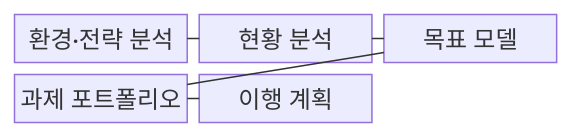
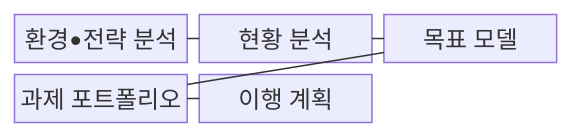
The first of 2 diagrams in src/content/docs/notes/07-law-policy/002_information_strategy_plan_isp.md (agnusdei1207/knowledge-base), drawn with Mermaid before and after one commit. The commit also changed other lines of this file and 953 other files, not shown here.

````diff
--- a/src/content/docs/notes/07-law-policy/002_information_strategy_plan_isp.md
+++ b/src/content/docs/notes/07-law-policy/002_information_strategy_plan_isp.md
@@ -68,13 +68,13 @@
 ```mermaid
 block-beta
     columns 3
-    A["환경·전략 분석"]
+    A["환경•전략 분석"]
     B["현황 분석"]
     C["목표 모델"]
     D["과제 포트폴리오"]
     E["이행 계획"]
     A --- B
     B --- C
     C --- D
     D --- E
 ```
````
